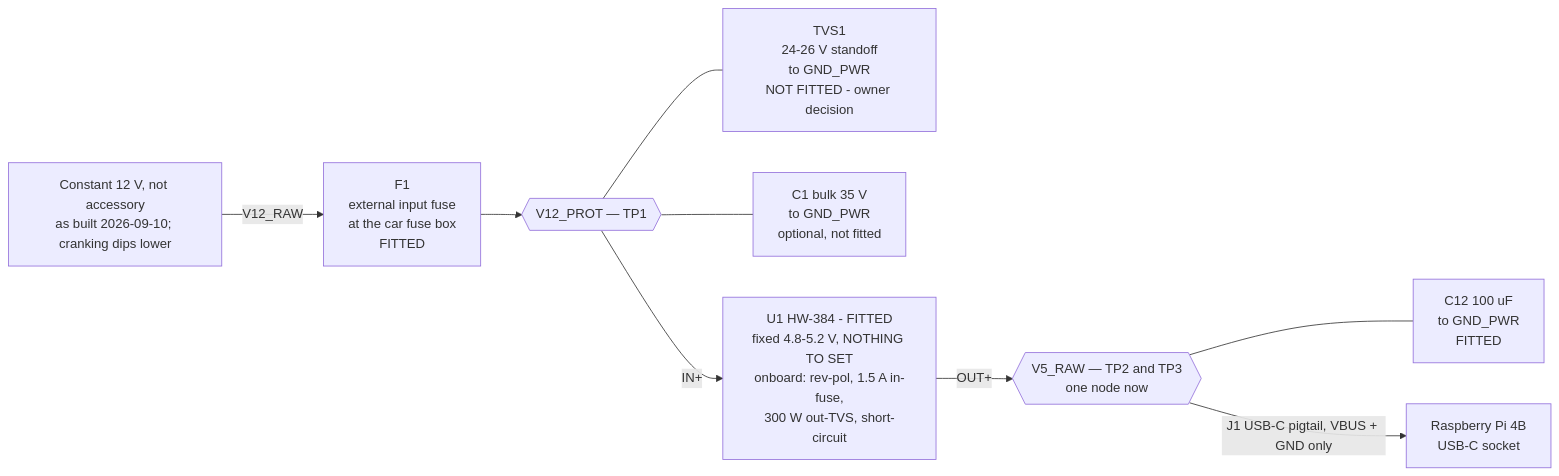
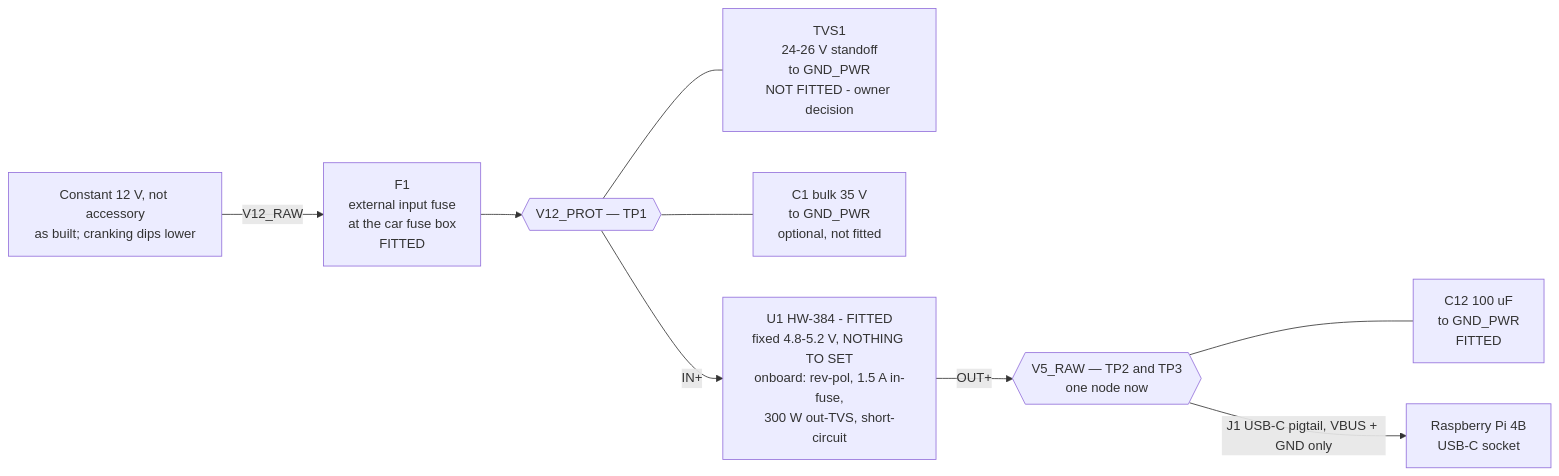
One commit to chrumck/KnurLogger changed the second of 3 diagrams in SystemSetup/logger-perfboard-wiring.md. Above: the diagram before and after it, drawn with Mermaid. The commit also changed other lines of this file and 7 other files, not shown here.

````diff
--- a/SystemSetup/logger-perfboard-wiring.md
+++ b/SystemSetup/logger-perfboard-wiring.md
@@ -252,12 +192,12 @@
 ```mermaid
 flowchart LR
-    SRC["Constant 12 V, not accessory<br/>as built 2026-09-10; cranking dips lower"]
+    SRC["Constant 12 V, not accessory<br/>as built; cranking dips lower"]
     SRC -->|V12_RAW| F1["F1<br/>external input fuse<br/>at the car fuse box<br/>FITTED"]
     F1 --> JP{{"V12_PROT — TP1"}}
     JP --- TVS1["TVS1<br/>24-26 V standoff<br/>to GND_PWR<br/>NOT FITTED - owner decision"]
     JP --- C1["C1 bulk 35 V<br/>to GND_PWR<br/>optional, not fitted"]
     JP -->|"IN+"| U1["U1 HW-384 - FITTED<br/>fixed 4.8-5.2 V, NOTHING TO SET<br/>onboard: rev-pol, 1.5 A in-fuse,<br/>300 W out-TVS, short-circuit"]
     U1 -->|"OUT+"| JF{{"V5_RAW — TP2 and TP3<br/>one node now"}}
     JF --- C12["C12 100 uF<br/>to GND_PWR<br/>FITTED"]
     JF -->|"J1 USB-C pigtail, VBUS + GND only"| PI["Raspberry Pi 4B<br/>USB-C socket"]
 ```
````
